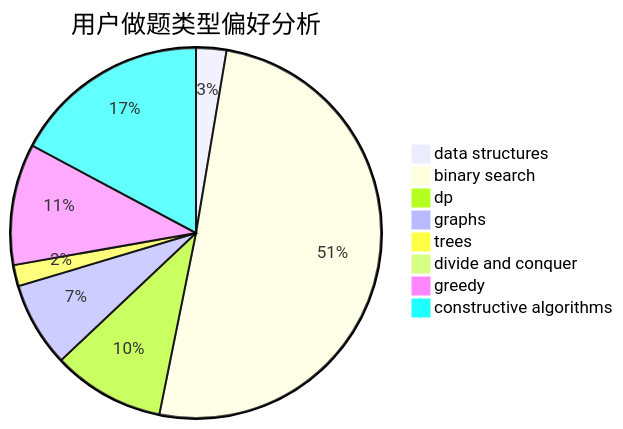
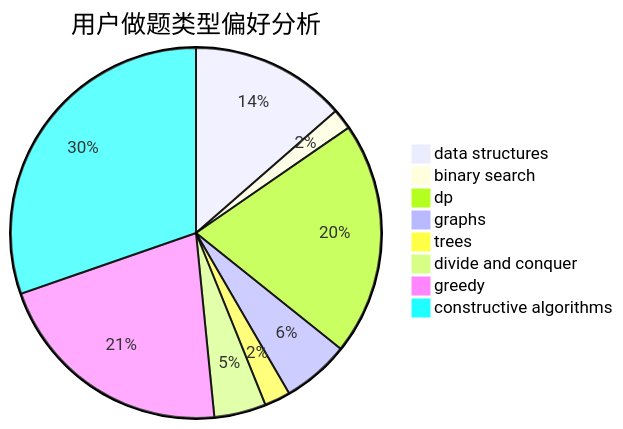
One commit to sherpahu/cfrs.github.io changed the second of 3 diagrams in docs/user/u1930.md. Above: the diagram before and after it, drawn with Mermaid. The commit also changed other lines of this file and 2770 other files, not shown here.

````diff
--- a/docs/user/u1930.md
+++ b/docs/user/u1930.md
@@ -23,11 +23,11 @@
 ```mermaid
 pie title 用户做题类型偏好分析
-    "data structures" :  10
-    "binary search" :  191
-    "dp" :  37
-    "graphs" :  28
-    "trees" :  7
-    "divide and conquer" :  0
-    "greedy" :  40
-    "constructive algorithms" :  65
+    "data structures" :  30
+    "binary search" :  4
+    "dp" :  45
+    "graphs" :  13
+    "trees" :  5
+    "divide and conquer" :  10
+    "greedy" :  47
+    "constructive algorithms" :  67
 ```
````
